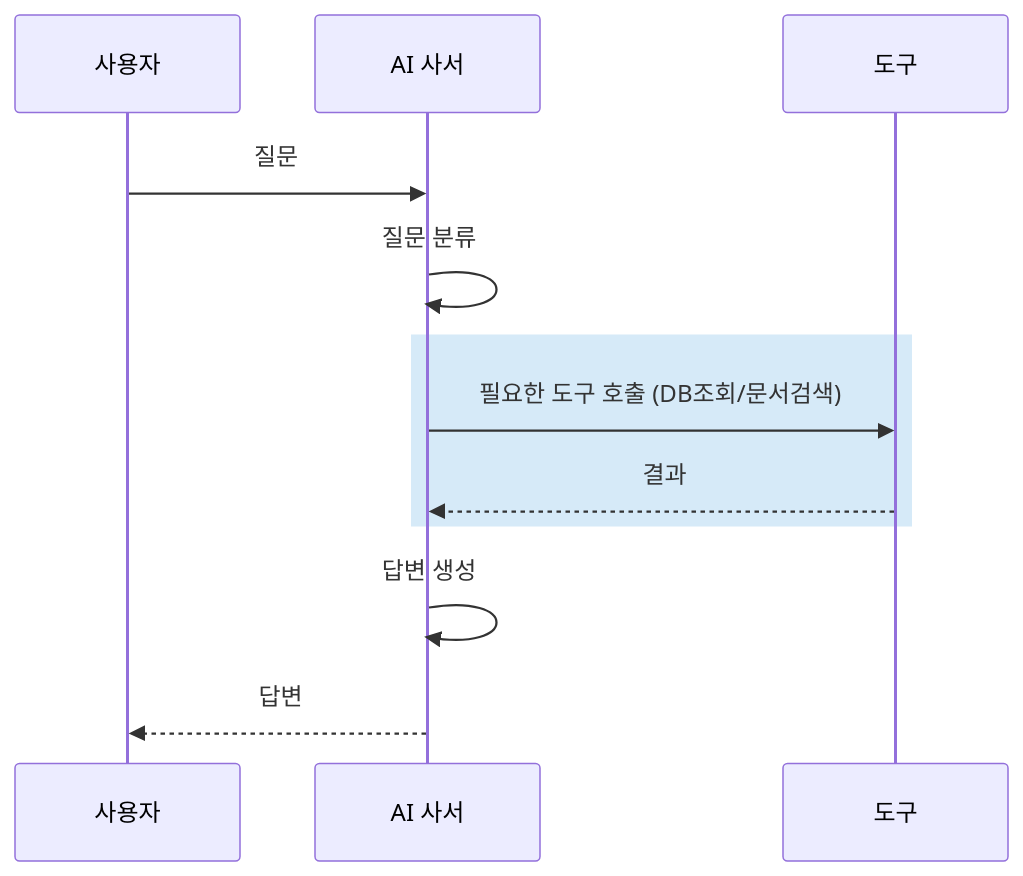
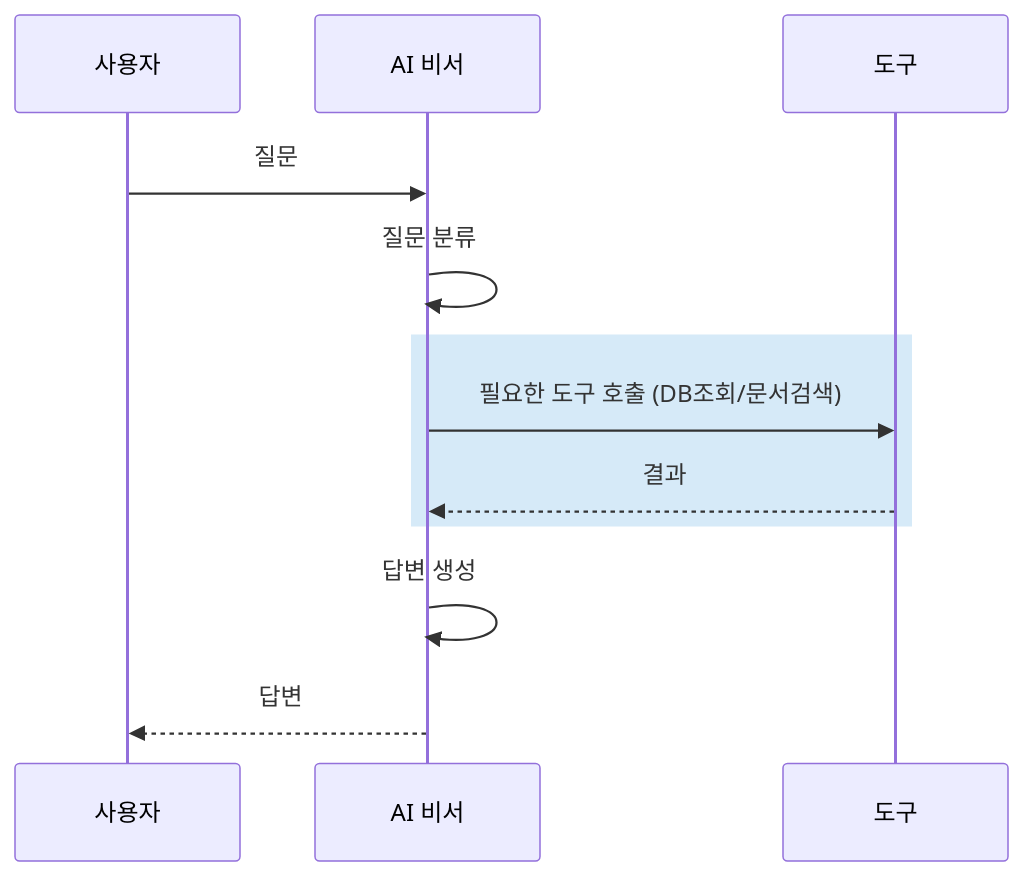
One commit to edu-openskill/lecture-book-workflow changed the third of 4 diagrams in projects/사내AI비서_v2/chapters/06-연차도-규정도-한번에.md. Above: the diagram before and after it, drawn with Mermaid. The commit also changed other lines of this file and 6 other files, not shown here.

````diff
--- a/projects/사내AI비서_v2/chapters/06-연차도-규정도-한번에.md
+++ b/projects/사내AI비서_v2/chapters/06-연차도-규정도-한번에.md
@@ -536,11 +536,11 @@
 ```mermaid
 sequenceDiagram
-    사용자->>AI 사서: 질문
-    AI 사서->>AI 사서: 질문 분류
+    사용자->>AI 비서: 질문
+    AI 비서->>AI 비서: 질문 분류
     rect rgb(214, 234, 248)
-        AI 사서->>도구: 필요한 도구 호출 (DB조회/문서검색)
-        도구-->>AI 사서: 결과
+        AI 비서->>도구: 필요한 도구 호출 (DB조회/문서검색)
+        도구-->>AI 비서: 결과
     end
-    AI 사서->>AI 사서: 답변 생성
-    AI 사서-->>사용자: 답변
+    AI 비서->>AI 비서: 답변 생성
+    AI 비서-->>사용자: 답변
 ```
````
